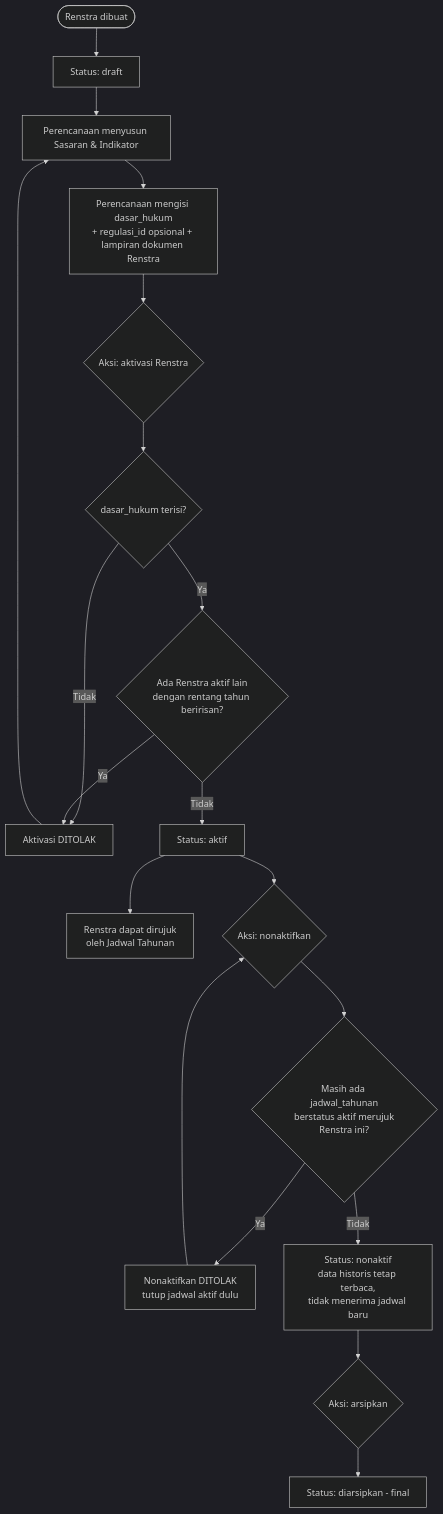
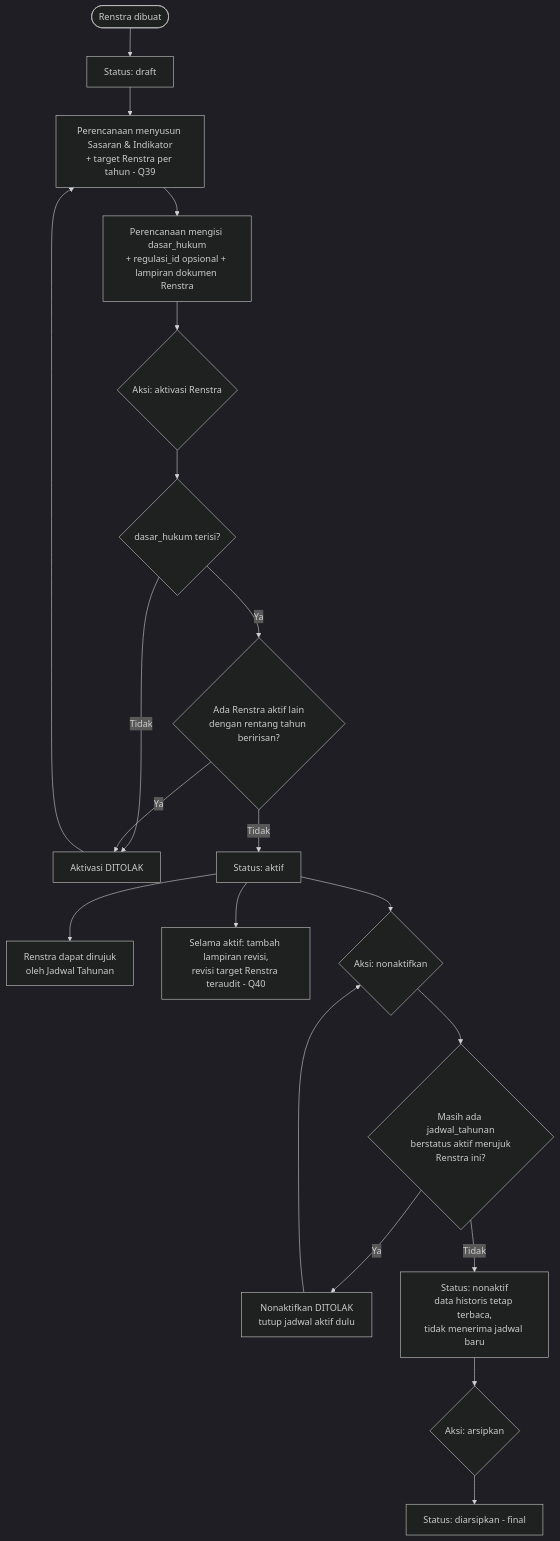
Before and after one commit to LLDIKTI-XVI-TEAM/SAKIP: the second of 21 diagrams in document/SAKIP - Workflow.md, drawn with Mermaid (dark theme). The commit also changed other lines of this file and 1271 other files, not shown here.

````diff
--- a/document/SAKIP - Workflow.md
+++ b/document/SAKIP - Workflow.md
@@ -234,21 +335,22 @@
 ```mermaid
 flowchart TD
     A([Renstra dibuat]) --> B[Status: draft]
-    B --> C[Perencanaan menyusun Sasaran & Indikator]
+    B --> C[Perencanaan menyusun Sasaran & Indikator\n+ target Renstra per tahun - Q39]
     C --> D[Perencanaan mengisi dasar_hukum\n+ regulasi_id opsional + lampiran dokumen Renstra]
     D --> E{Aksi: aktivasi Renstra}
     E --> F{dasar_hukum terisi?}
     F -- Tidak --> G[Aktivasi DITOLAK]
     F -- Ya --> H{Ada Renstra aktif lain\ndengan rentang tahun beririsan?}
     H -- Ya --> G
     H -- Tidak --> I[Status: aktif]
     G --> C
     I --> J[Renstra dapat dirujuk\noleh Jadwal Tahunan]
+    I --> I2[Selama aktif: tambah lampiran revisi,\nrevisi target Renstra teraudit - Q40]
     I --> K{Aksi: nonaktifkan}
     K --> K2{Masih ada jadwal_tahunan\nberstatus aktif merujuk\nRenstra ini?}
     K2 -- Ya --> K3[Nonaktifkan DITOLAK\ntutup jadwal aktif dulu]
     K3 --> K
     K2 -- Tidak --> L[Status: nonaktif\ndata historis tetap terbaca,\ntidak menerima jadwal baru]
     L --> M{Aksi: arsipkan}
     M --> N[Status: diarsipkan - final]
 ```
````
